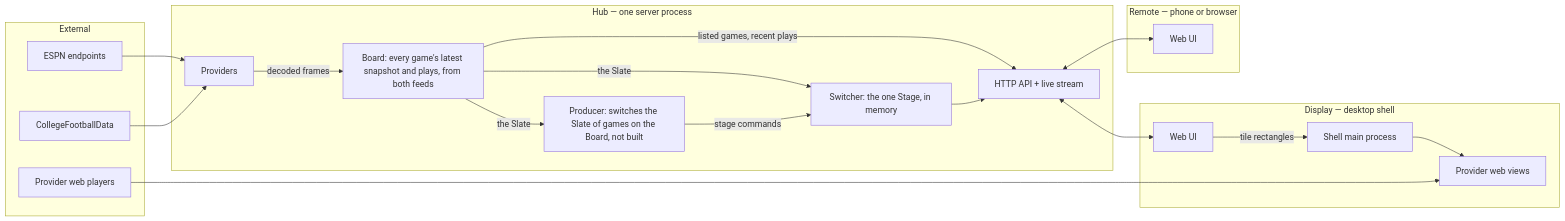
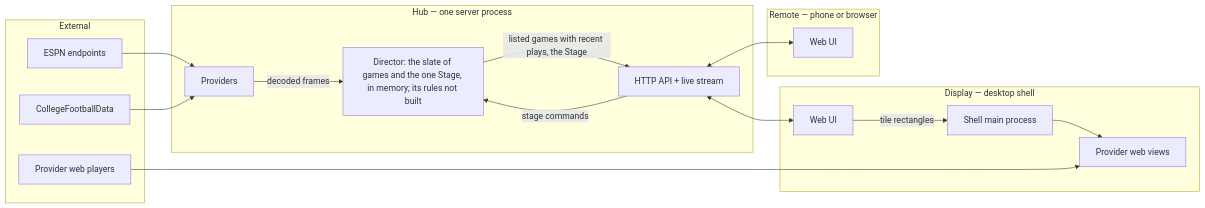
One commit to Chazzychouse/sportal changed the diagram in docs/technical-spec.md. Above: the diagram before and after it, drawn with Mermaid. The commit also changed other lines of this file and 19 other files, not shown here.

````diff
--- a/docs/technical-spec.md
+++ b/docs/technical-spec.md
@@ -56,39 +56,34 @@
 ```mermaid
 flowchart LR
   subgraph ext[External]
     espn[ESPN endpoints]
     cfbd[CollegeFootballData]
     yttv[Provider web players]
   end
 
   subgraph hub[Hub — one server process]
     prov[Providers]
-    board[Board: every game's latest snapshot and plays, from both feeds]
-    producer[Producer: switches the Slate of games on the Board, not built]
-    stages[Switcher: the one Stage, in memory]
+    director[Director: the slate of games and the one Stage, in memory; its rules not built]
     api[HTTP API + live stream]
   end
 
   subgraph display[Display — desktop shell]
     ui1[Web UI]
     main[Shell main process]
     views[Provider web views]
   end
 
   subgraph remote[Remote — phone or browser]
     ui2[Web UI]
   end
 
   espn --> prov
   cfbd --> prov
-  prov -- decoded frames --> board
-  board -- listed games, recent plays --> api
-  board -- the Slate --> stages
-  board -- the Slate --> producer
-  producer -- stage commands --> stages
+  prov -- decoded frames --> director
+  director -- listed games with recent plays, the Stage --> api
+  api -- stage commands --> director
   api <--> ui1
   api <--> ui2
-  stages --> api
   ui1 -- tile rectangles --> main --> views
   yttv --> views
 ```
````
